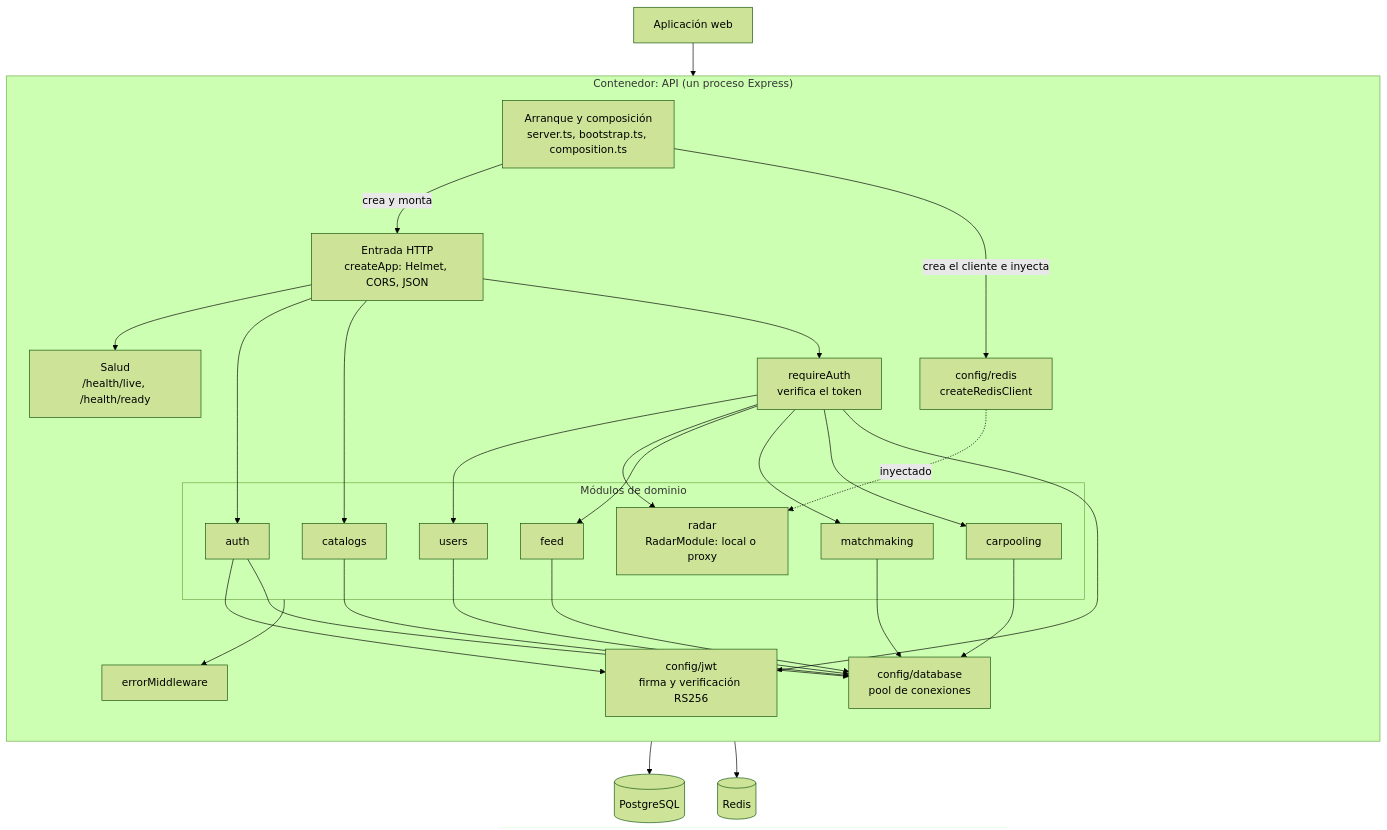
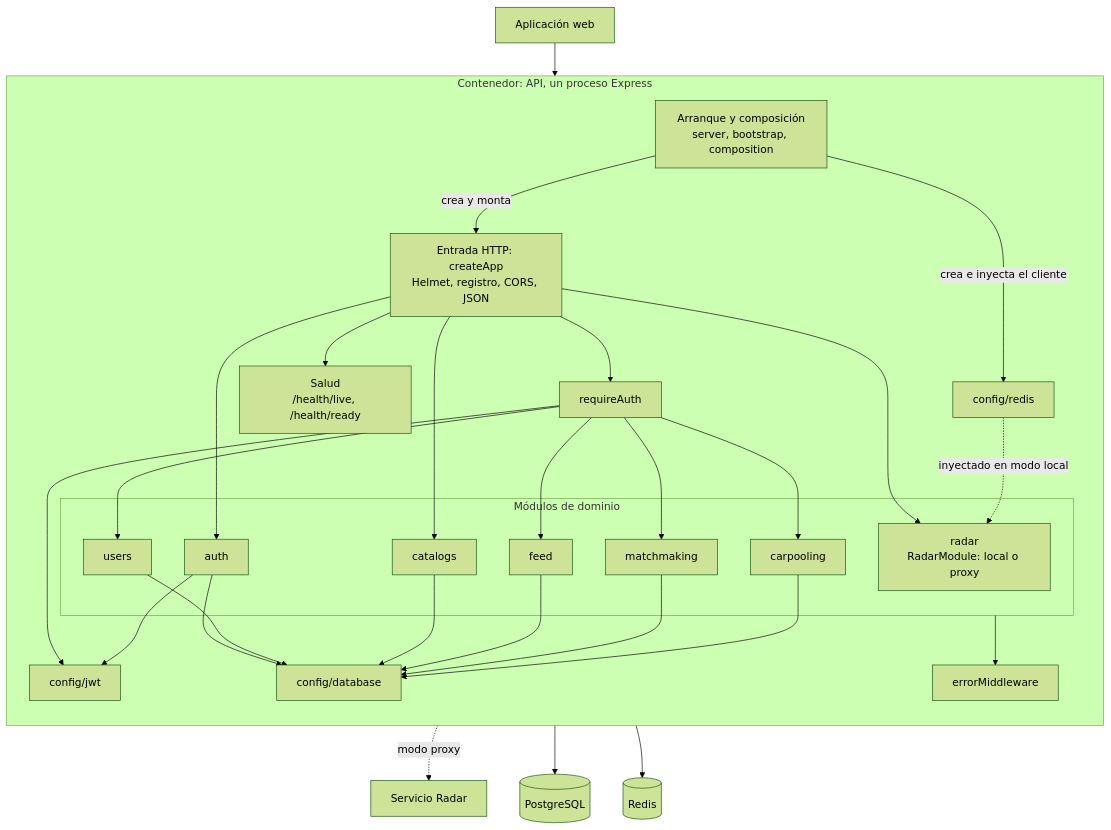
One commit to pillacarodriguezuriel-a11y/social_unsch changed the first of 4 diagrams in docs/04-modelo-c4/03-componentes-del-backend.md. Above: the diagram before and after it, drawn with Mermaid (forest theme). The commit also changed other lines of this file and 44 other files, not shown here.

````diff
--- a/docs/04-modelo-c4/03-componentes-del-backend.md
+++ b/docs/04-modelo-c4/03-componentes-del-backend.md
@@ -10,45 +10,48 @@
 ```mermaid
 flowchart TB
     WEB["Aplicación web"]
 
-    subgraph API["Contenedor: API (un proceso Express)"]
+    subgraph API["Contenedor: API, un proceso Express"]
         direction TB
-        BOOT["Arranque y composición<br/>server.ts, bootstrap.ts, composition.ts"]
-        ENT["Entrada HTTP<br/>createApp: Helmet, CORS, JSON"]
+        BOOT["Arranque y composición<br/>server, bootstrap, composition"]
+        ENT["Entrada HTTP: createApp<br/>Helmet, registro, CORS, JSON"]
         HEALTH["Salud<br/>/health/live, /health/ready"]
-        GUARD["requireAuth<br/>verifica el token"]
+        GUARD["requireAuth"]
 
         subgraph MODS["Módulos de dominio"]
             AUTH["auth"]
             USERS["users"]
             CAT["catalogs"]
             RADAR["radar<br/>RadarModule: local o proxy"]
             FEED["feed"]
             MATCH["matchmaking"]
             CARP["carpooling"]
         end
 
         ERR["errorMiddleware"]
-        JWT["config/jwt<br/>firma y verificación RS256"]
-        DBC["config/database<br/>pool de conexiones"]
-        RDC["config/redis<br/>createRedisClient"]
+        JWT["config/jwt"]
+        DBC["config/database"]
+        RDC["config/redis"]
     end
 
     PG[("PostgreSQL")]
     RD[("Redis")]
+    RSV["Servicio Radar"]
 
     BOOT -- "crea y monta" --> ENT
-    BOOT -- "crea el cliente e inyecta" --> RDC
+    BOOT -- "crea e inyecta el cliente" --> RDC
     WEB --> ENT
     ENT --> HEALTH
     ENT --> AUTH & CAT
     ENT --> GUARD
-    GUARD --> USERS & RADAR & FEED & MATCH & CARP
+    GUARD --> USERS & FEED & MATCH & CARP
     GUARD --> JWT
     AUTH --> JWT
     AUTH & USERS & CAT & FEED & MATCH & CARP --> DBC
-    RDC -. "inyectado" .-> RADAR
+    ENT --> RADAR
+    RDC -. "inyectado en modo local" .-> RADAR
+    RADAR -. "modo proxy" .-> RSV
     MODS --> ERR
     DBC --> PG
     RDC --> RD
 ```
````
